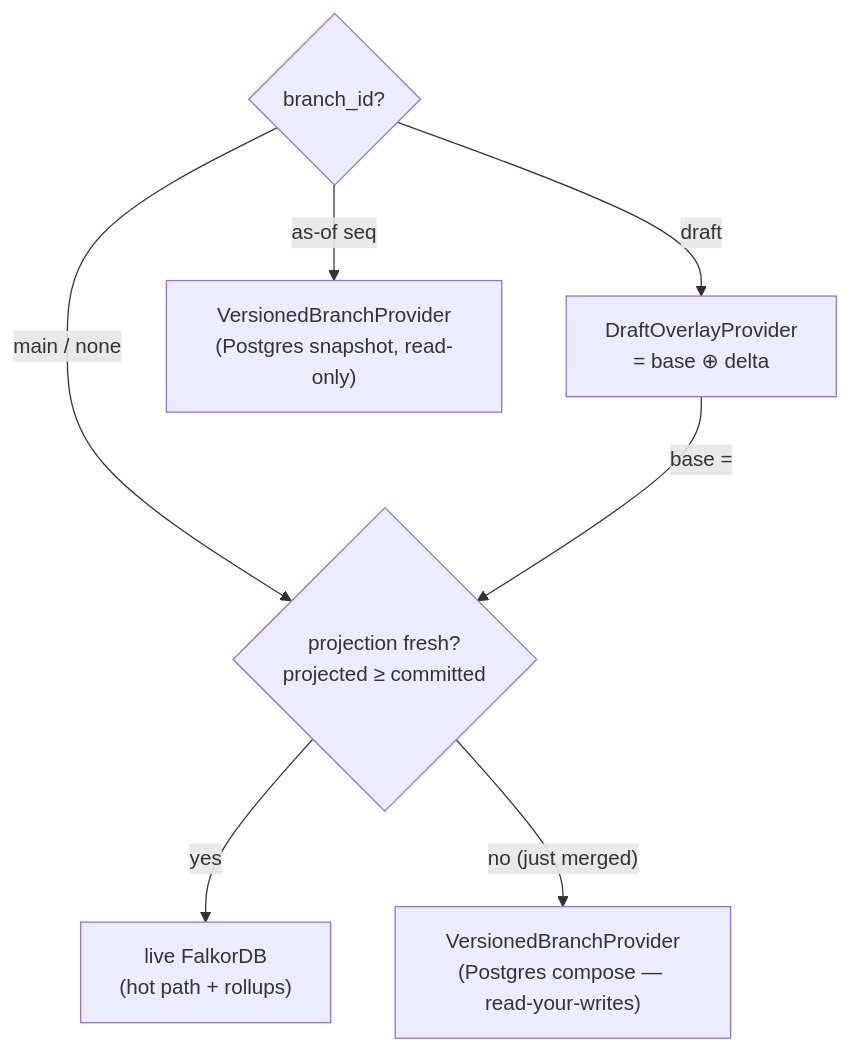
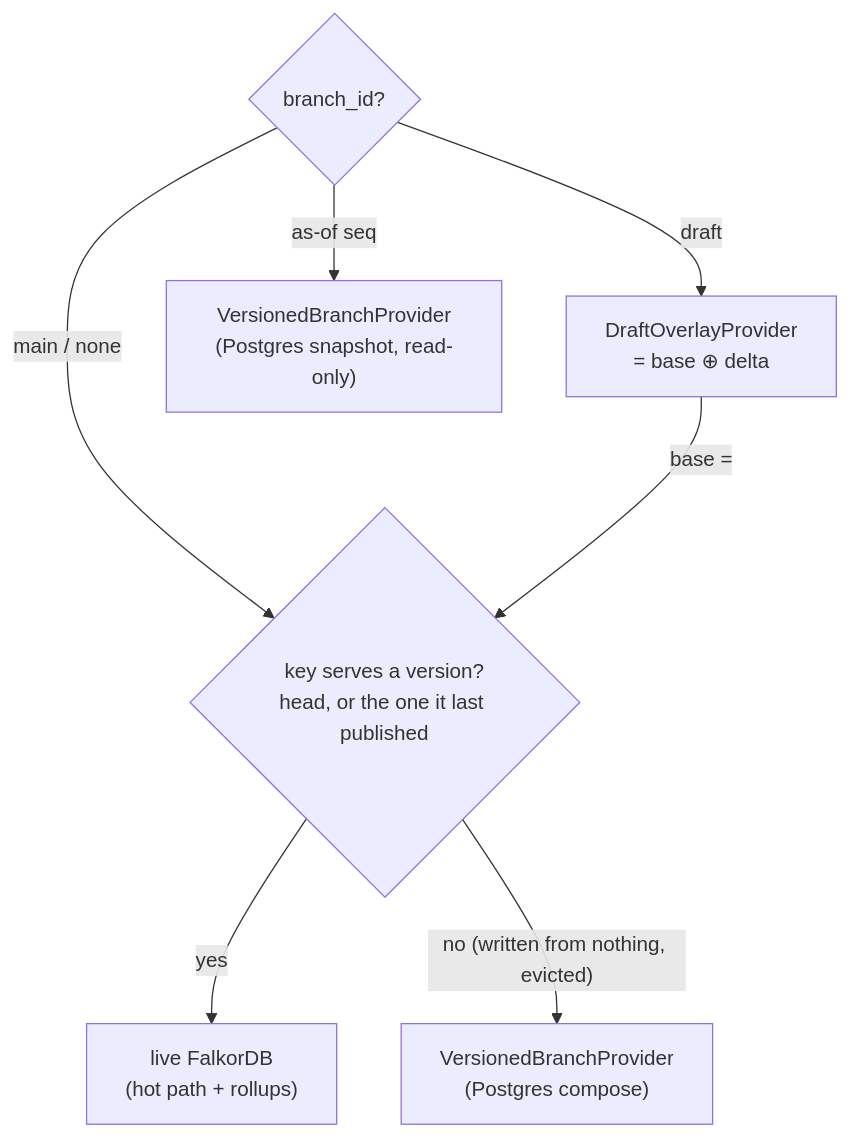
Before and after one commit to rkrumins/dataviz: the third of 5 diagrams in docs/versioning/01-overview-and-architecture.md, drawn with Mermaid. The commit also changed other lines of this file and 50 other files, not shown here.

````diff
--- a/docs/versioning/01-overview-and-architecture.md
+++ b/docs/versioning/01-overview-and-architecture.md
@@ -140,9 +140,9 @@
 ```mermaid
 flowchart TD
     R{"branch_id?"} -->|"draft"| D["DraftOverlayProvider<br/>= base ⊕ delta"]
-    R -->|"main / none"| F{"projection fresh?<br/>projected ≥ committed"}
+    R -->|"main / none"| F{"key serves a version?<br/>head, or the one it last published"}
     R -->|"as-of seq"| P0["VersionedBranchProvider<br/>(Postgres snapshot, read-only)"]
     F -->|"yes"| L["live FalkorDB<br/>(hot path + rollups)"]
-    F -->|"no (just merged)"| P1["VersionedBranchProvider<br/>(Postgres compose — read-your-writes)"]
+    F -->|"no (written from nothing, evicted)"| P1["VersionedBranchProvider<br/>(Postgres compose)"]
     D -->|"base = "| F
 ```
````
